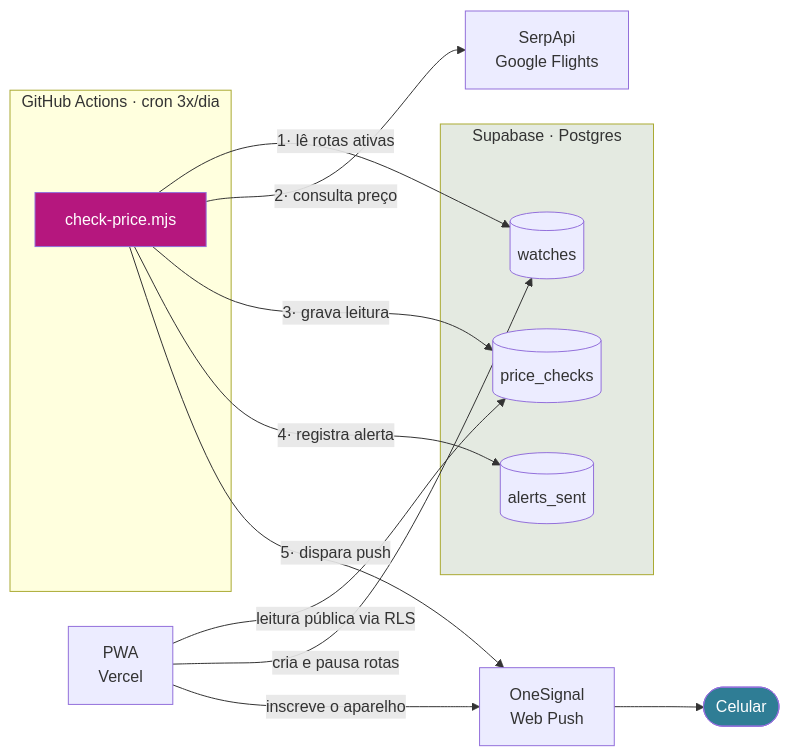
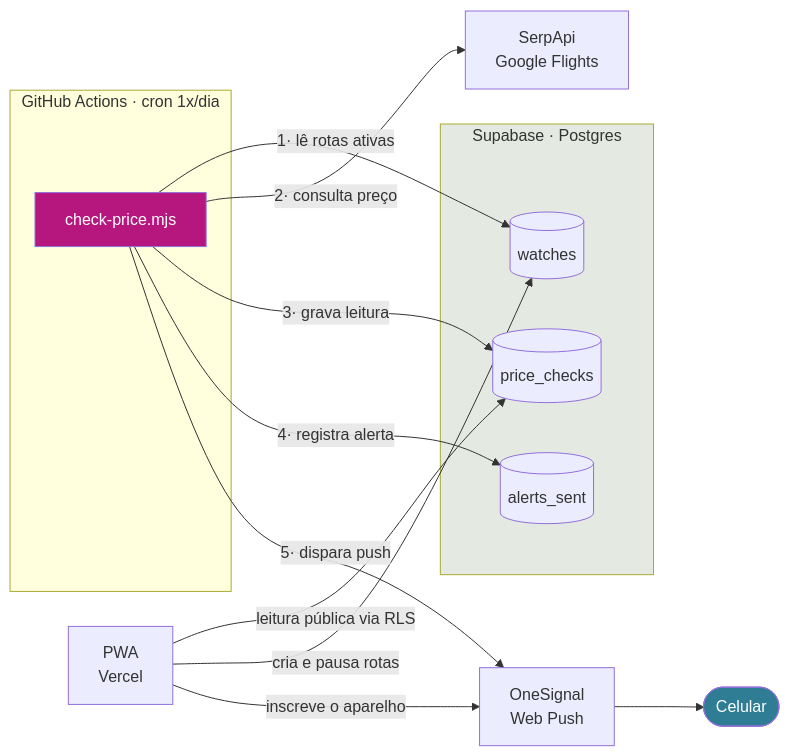
The first of 3 diagrams in README.md (Apollomilk10/FlyAlert), drawn with Mermaid before and after one commit. The commit also changed other lines of this file and 1 other file, not shown here.

````diff
--- a/README.md
+++ b/README.md
@@ -24,31 +24,31 @@
 ```mermaid
 flowchart LR
-    subgraph agendador["GitHub Actions · cron 3x/dia"]
+    subgraph agendador["GitHub Actions · cron 1x/dia"]
         script["check-price.mjs"]
     end
 
     subgraph dados["Supabase · Postgres"]
         watches[("watches")]
         checks[("price_checks")]
         alerts[("alerts_sent")]
     end
 
     serp["SerpApi<br/>Google Flights"]
     onesignal["OneSignal<br/>Web Push"]
     pwa["PWA<br/>Vercel"]
     fone(["Celular"])
 
     script -->|"1· lê rotas ativas"| watches
     script -->|"2· consulta preço"| serp
     script -->|"3· grava leitura"| checks
     script -->|"4· registra alerta"| alerts
     script -->|"5· dispara push"| onesignal
     onesignal --> fone
     pwa -->|"leitura pública via RLS"| checks
     pwa -->|"cria e pausa rotas"| watches
     pwa -->|"inscreve o aparelho"| onesignal
 
     style script fill:#B5177E,color:#fff
     style dados fill:#E4EAE1
     style fone fill:#2F7D95,color:#fff
 ```
````
